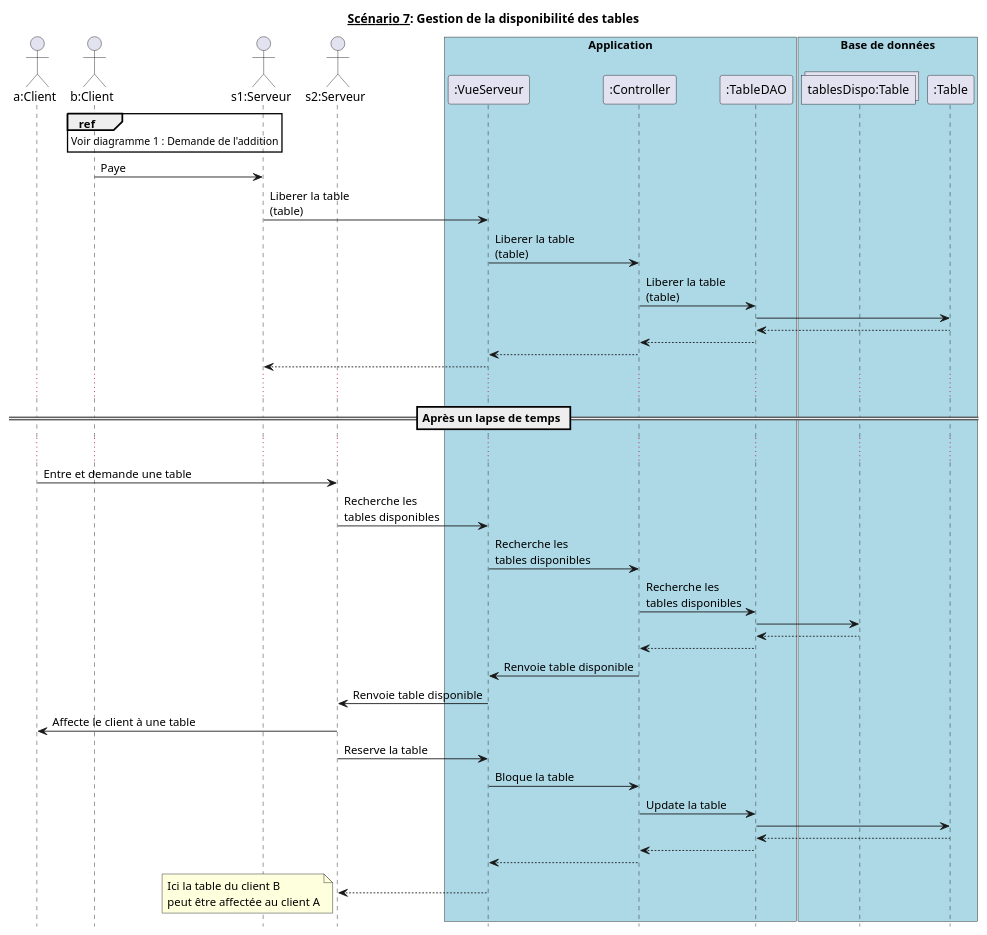
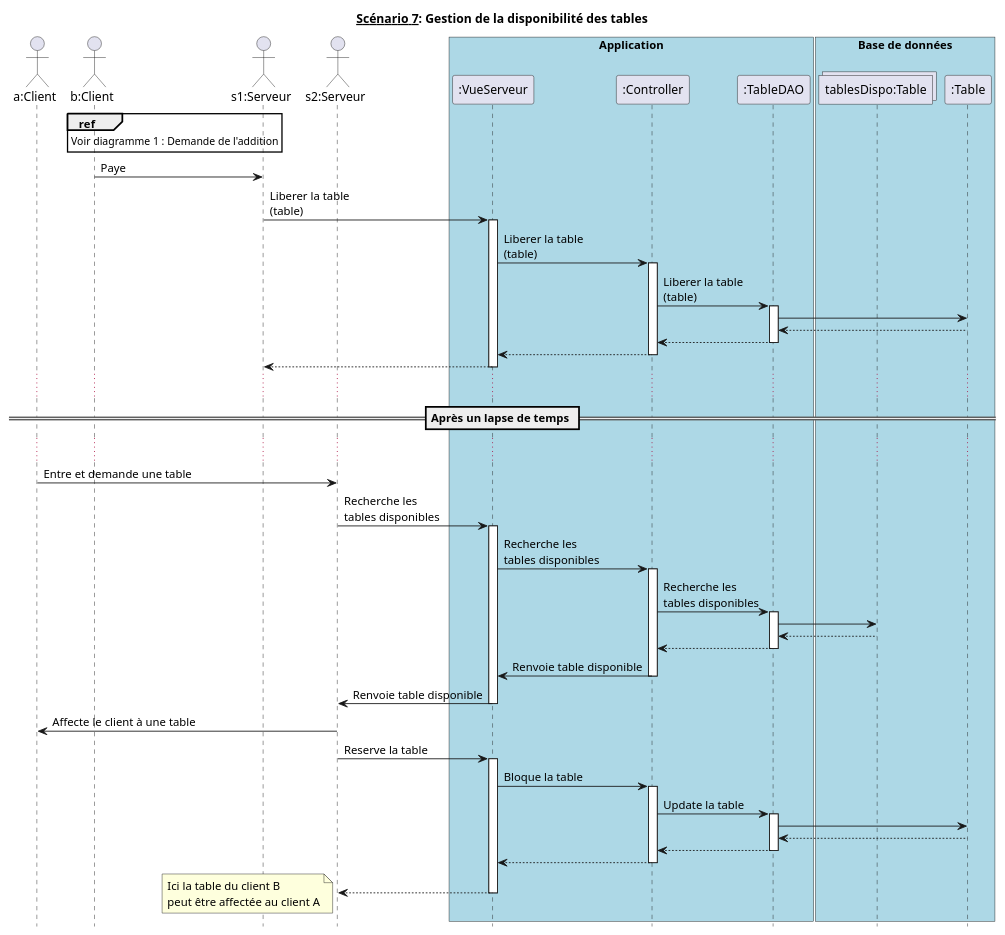
One commit to hulskenA/GL-Les_seigneurs_du_resto changed the diagram in diagrammes_sequences_detailles/dss7.md. Above: the diagram before and after it, drawn with PlantUML. The commit also changed 15 other files, not shown here.

```diff
--- a/diagrammes_sequences_detailles/dss7.md
+++ b/diagrammes_sequences_detailles/dss7.md
@@ -26,13 +26,19 @@
 
 ClientB -> Serveur1 : Paye
 Serveur1 -> VueServeur : Liberer la table\n(table)
+activate VueServeur
 VueServeur -> Controller : Liberer la table\n(table)
+activate Controller
 Controller -> TableDAO : Liberer la table\n(table)
+activate TableDAO
 TableDAO -> Table
 TableDAO <-- Table
 Controller <-- TableDAO
+deactivate TableDAO
 Controller --> VueServeur
+deactivate Controller
 VueServeur --> Serveur1
+deactivate VueServeur
 
 ...
 == Après un lapse de temps ==
@@ -40,23 +46,37 @@
 
 ClientA -> Serveur2 : Entre et demande une table
 Serveur2 -> VueServeur : Recherche les\ntables disponibles
+activate VueServeur
 VueServeur -> Controller : Recherche les\ntables disponibles
+activate Controller
 Controller -> TableDAO : Recherche les\ntables disponibles
+activate TableDAO
 TableDAO -> TableDispo
 TableDAO <-- TableDispo
 Controller <-- TableDAO
+deactivate TableDAO
 VueServeur <- Controller : Renvoie table disponible
+deactivate Controller
 Serveur2 <- VueServeur : Renvoie table disponible
+deactivate VueServeur
 Serveur2 -> ClientA : Affecte le client à une table
 
+
 Serveur2 -> VueServeur : Reserve la table
+activate VueServeur
 VueServeur -> Controller : Bloque la table
+activate Controller
 Controller -> TableDAO : Update la table
+activate TableDAO
 TableDAO -> Table
 TableDAO <-- Table
 Controller <-- TableDAO
+deactivate TableDAO
 Controller --> VueServeur
+deactivate Controller
 VueServeur --> Serveur2
+deactivate VueServeur
+
 note left : Ici la table du client B\npeut être affectée au client A
 
 @enduml
```
